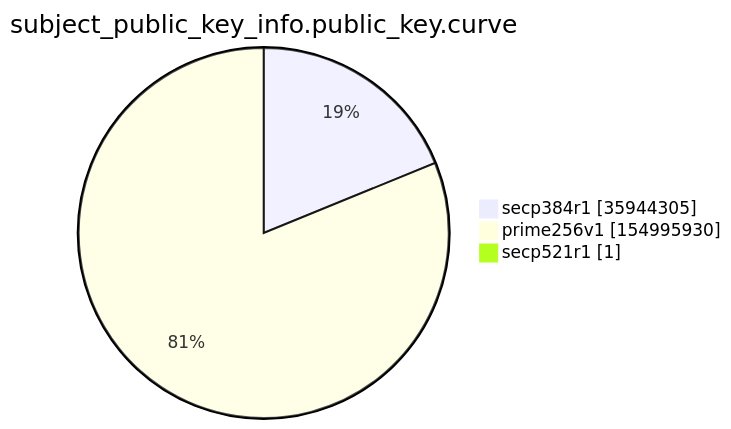
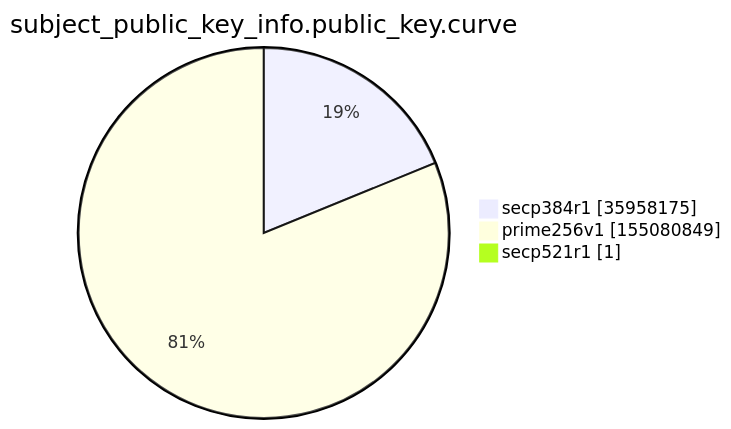
Before and after one commit to christiankrug/ctmonitor_visualization: the ninth of 15 diagrams in argon2022/README.md, drawn with Mermaid. The commit also changed other lines of this file, not shown here.

````diff
--- a/argon2022/README.md
+++ b/argon2022/README.md
@@ -2766,7 +2766,7 @@
 ```mermaid
 pie showData
 title subject_public_key_info.public_key.curve
-"secp384r1" :35944305
-"prime256v1" :154995930
+"secp384r1" :35958175
+"prime256v1" :155080849
 "secp521r1" :1
 ```
````
